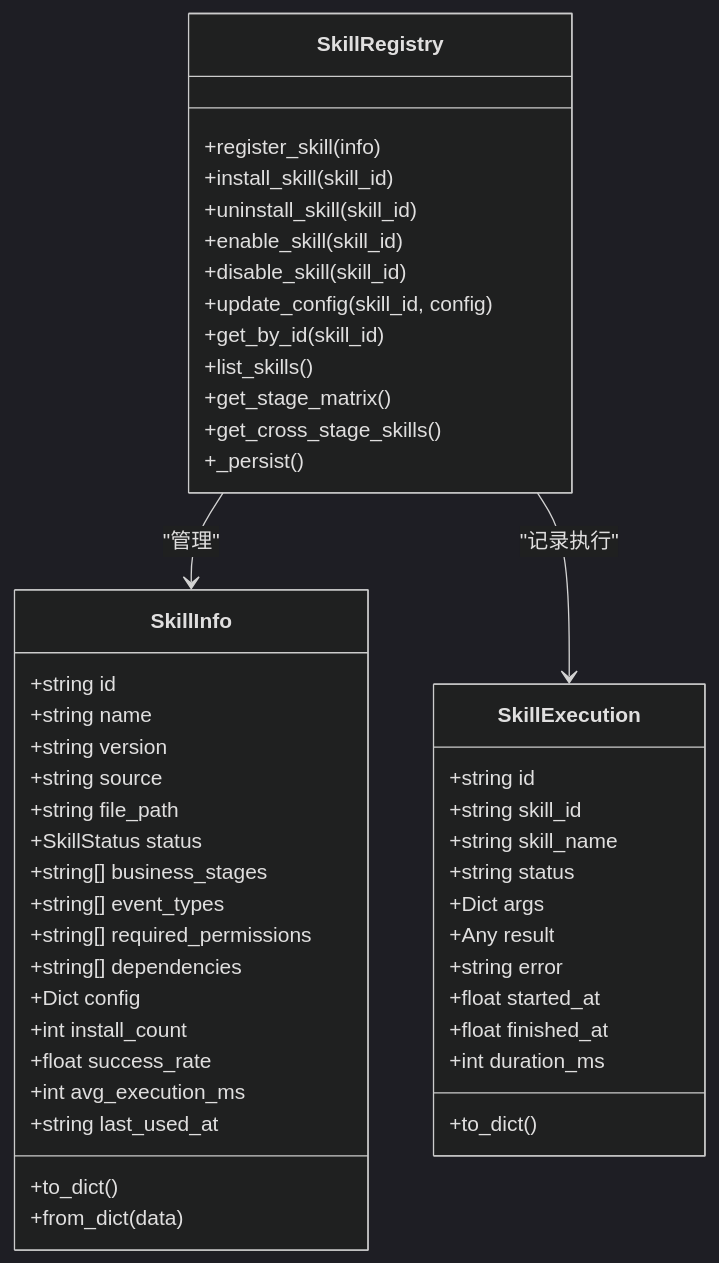
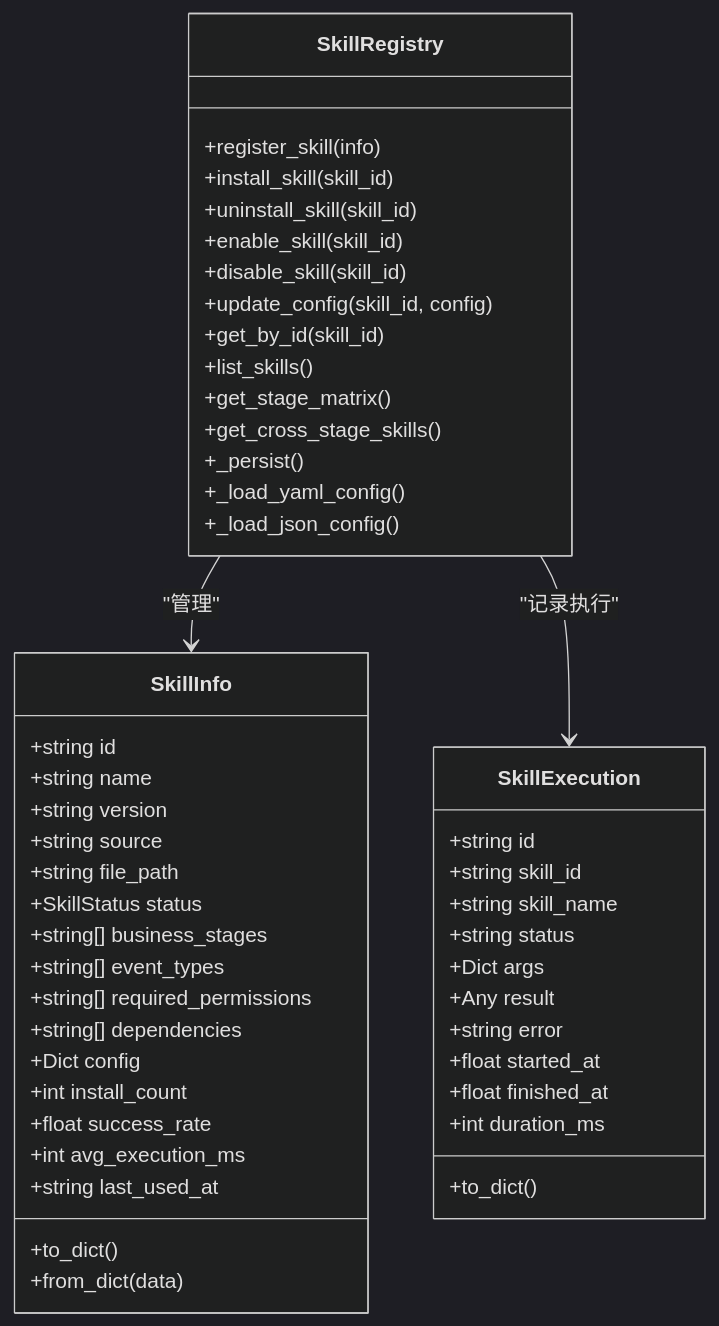
One commit to angledick/- changed the third of 5 diagrams in .qoder/repowiki/zh/content/核心业务模块/技能管理系统/技能管理系统.md. Above: the diagram before and after it, drawn with Mermaid (dark theme). The commit also changed other lines of this file and 770 other files, not shown here.

````diff
--- a/.qoder/repowiki/zh/content/核心业务模块/技能管理系统/技能管理系统.md
+++ b/.qoder/repowiki/zh/content/核心业务模块/技能管理系统/技能管理系统.md
@@ -120,50 +148,52 @@
 ```mermaid
 classDiagram
 class SkillInfo {
 +string id
 +string name
 +string version
 +string source
 +string file_path
 +SkillStatus status
 +string[] business_stages
 +string[] event_types
 +string[] required_permissions
 +string[] dependencies
 +Dict config
 +int install_count
 +float success_rate
 +int avg_execution_ms
 +string last_used_at
 +to_dict()
 +from_dict(data)
 }
 class SkillExecution {
 +string id
 +string skill_id
 +string skill_name
 +string status
 +Dict args
 +Any result
 +string error
 +float started_at
 +float finished_at
 +int duration_ms
 +to_dict()
 }
 class SkillRegistry {
 +register_skill(info)
 +install_skill(skill_id)
 +uninstall_skill(skill_id)
 +enable_skill(skill_id)
 +disable_skill(skill_id)
 +update_config(skill_id, config)
 +get_by_id(skill_id)
 +list_skills()
 +get_stage_matrix()
 +get_cross_stage_skills()
 +_persist()
++_load_yaml_config()
++_load_json_config()
 }
 SkillRegistry --> SkillInfo : "管理"
 SkillRegistry --> SkillExecution : "记录执行"
 ```
````
